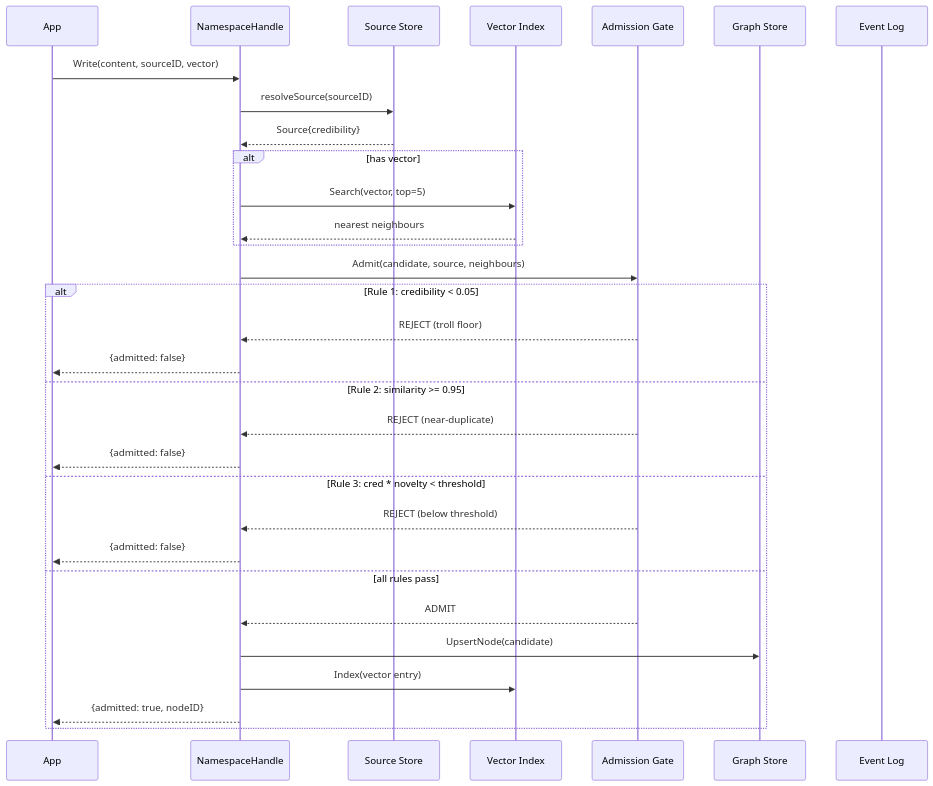
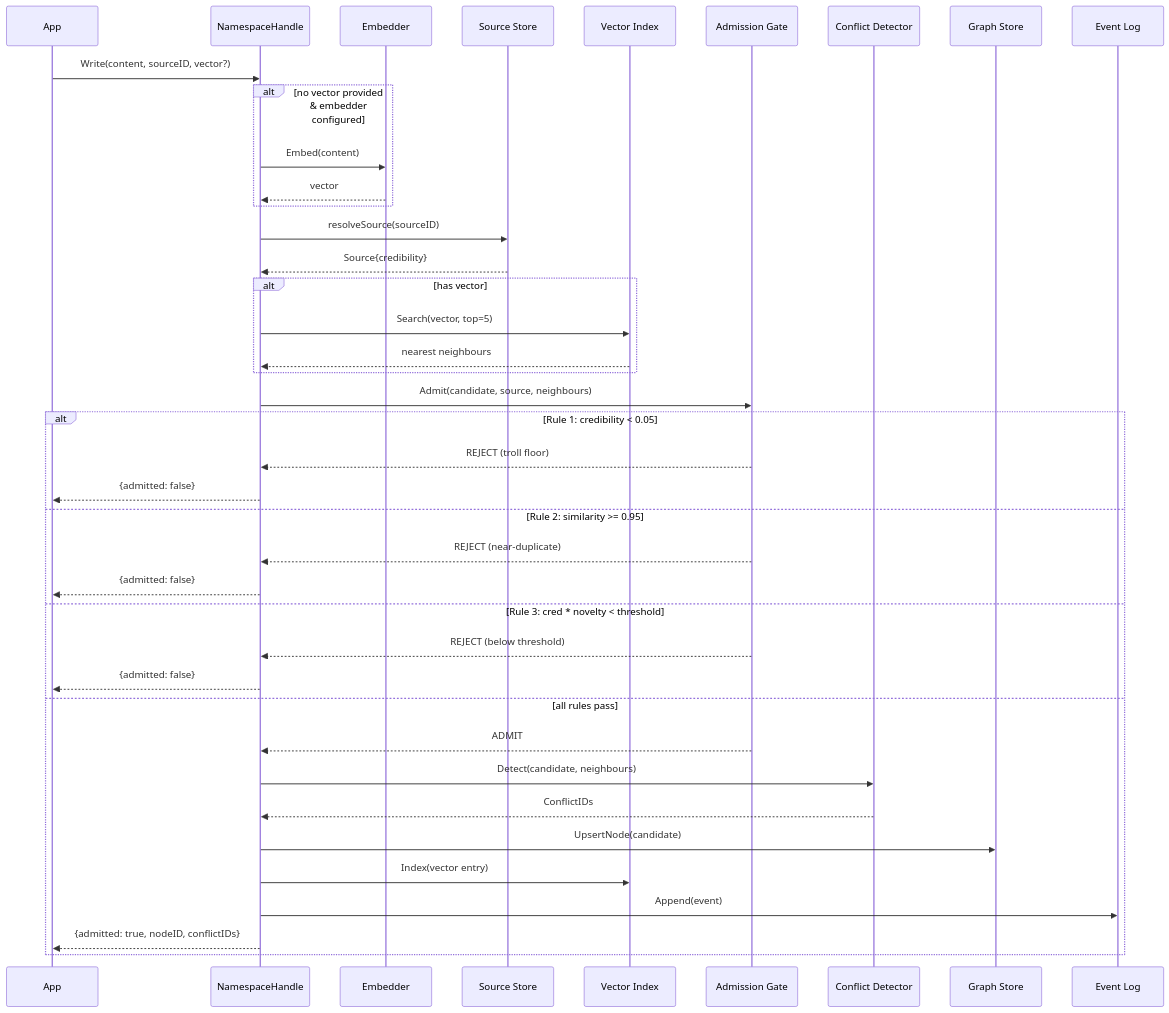
The first of 2 diagrams in docs/architecture/write-path.md (antiartificial/contextdb), drawn with Mermaid before and after one commit. The commit also changed other lines of this file and 18 other files, not shown here.

````diff
--- a/docs/architecture/write-path.md
+++ b/docs/architecture/write-path.md
@@ -13,37 +13,48 @@
 ```mermaid
 sequenceDiagram
     participant App
     participant NS as NamespaceHandle
+    participant EMB as Embedder
     participant SRC as Source Store
     participant VEC as Vector Index
     participant ADM as Admission Gate
+    participant CD as Conflict Detector
     participant GR as Graph Store
     participant EL as Event Log
 
-    App->>NS: Write(content, sourceID, vector)
+    App->>NS: Write(content, sourceID, vector?)
+
+    alt no vector provided & embedder configured
+        NS->>EMB: Embed(content)
+        EMB-->>NS: vector
+    end
+
     NS->>SRC: resolveSource(sourceID)
     SRC-->>NS: Source{credibility}
 
     alt has vector
         NS->>VEC: Search(vector, top=5)
         VEC-->>NS: nearest neighbours
     end
 
     NS->>ADM: Admit(candidate, source, neighbours)
 
     alt Rule 1: credibility < 0.05
         ADM-->>NS: REJECT (troll floor)
         NS-->>App: {admitted: false}
     else Rule 2: similarity >= 0.95
         ADM-->>NS: REJECT (near-duplicate)
         NS-->>App: {admitted: false}
     else Rule 3: cred * novelty < threshold
         ADM-->>NS: REJECT (below threshold)
         NS-->>App: {admitted: false}
     else all rules pass
         ADM-->>NS: ADMIT
+        NS->>CD: Detect(candidate, neighbours)
+        CD-->>NS: ConflictIDs
         NS->>GR: UpsertNode(candidate)
         NS->>VEC: Index(vector entry)
-        NS-->>App: {admitted: true, nodeID}
+        NS->>EL: Append(event)
+        NS-->>App: {admitted: true, nodeID, conflictIDs}
     end
 ```
````
